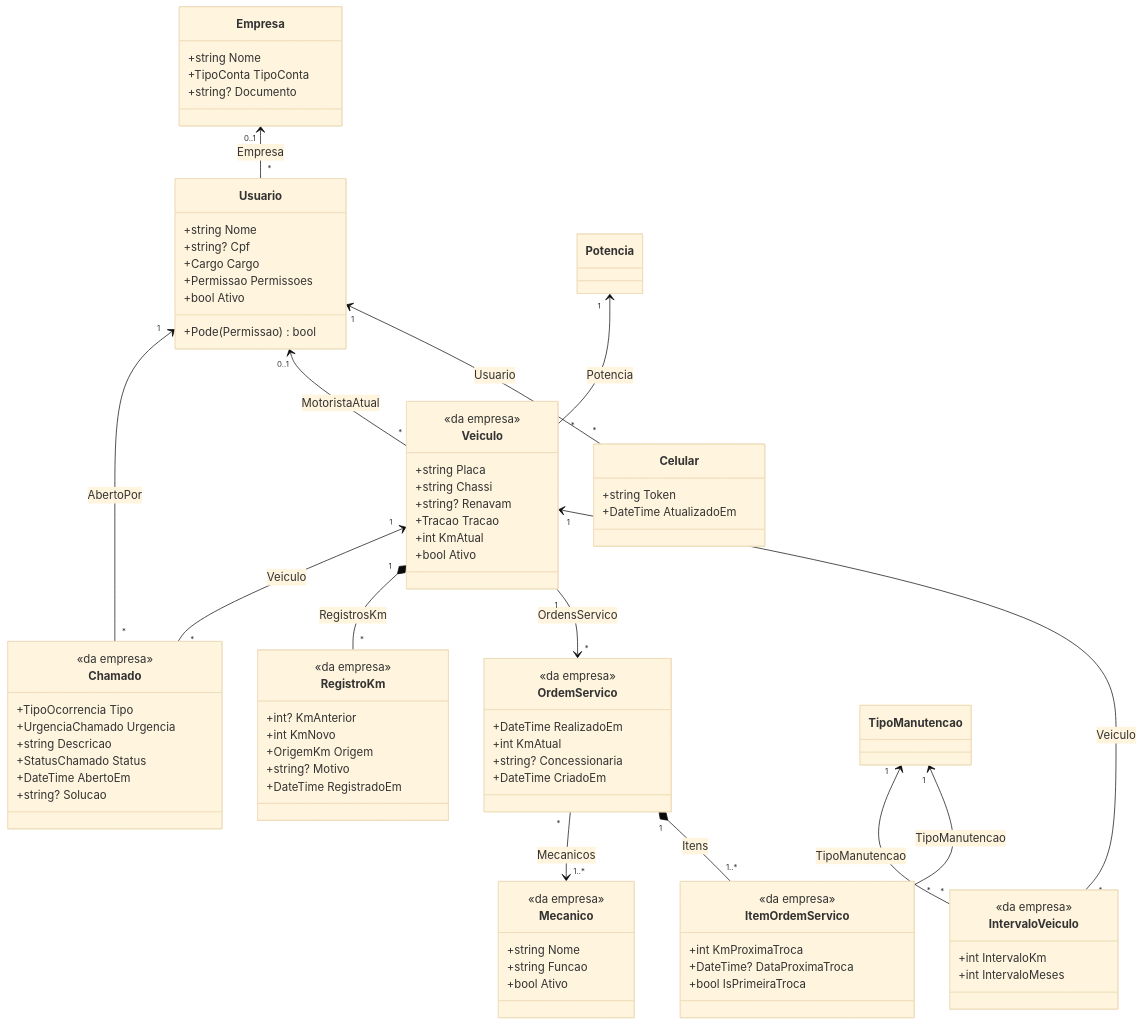
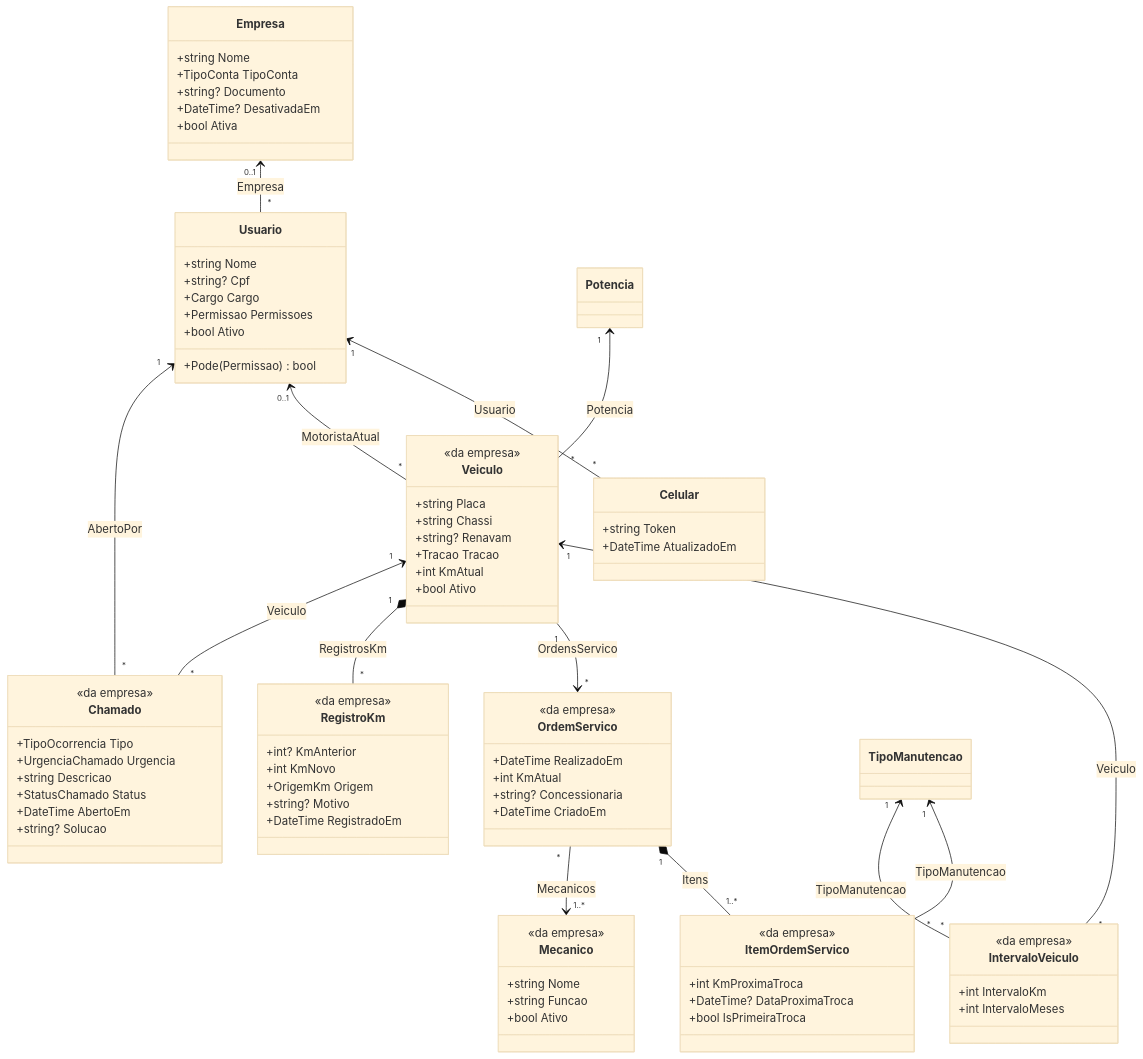
Before and after one commit to LeandroPoletti/CheckTruck: the third of 4 diagrams in docs/dominio.md, drawn with Mermaid (base theme). The commit also changed other lines of this file and 38 other files, not shown here.

```diff
--- a/docs/dominio.md
+++ b/docs/dominio.md
@@ -86,6 +86,8 @@
         +string Nome
         +TipoConta TipoConta
         +string? Documento
+        +DateTime? DesativadaEm
+        +bool Ativa
     }
     class Usuario {
         +string Nome
```
